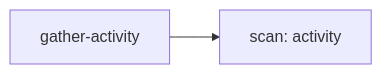
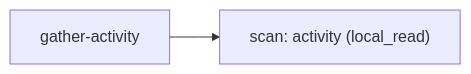
One commit to Jake36999/Librarian_V2 changed diagram 14 of 30 in reports/2026-11-20-workflow-map/WORKFLOW-MAP.md. Above: the diagram before and after it, drawn with Mermaid. The commit also changed other lines of this file and 6 other files, not shown here.

````diff
--- a/reports/2026-11-20-workflow-map/WORKFLOW-MAP.md
+++ b/reports/2026-11-20-workflow-map/WORKFLOW-MAP.md
@@ -208,6 +208,6 @@
 ```mermaid
 flowchart LR
   s["gather-activity"]
-  n0["scan: activity"]
+  n0["scan: activity (local_read)"]
   s --> n0
 ```
````
